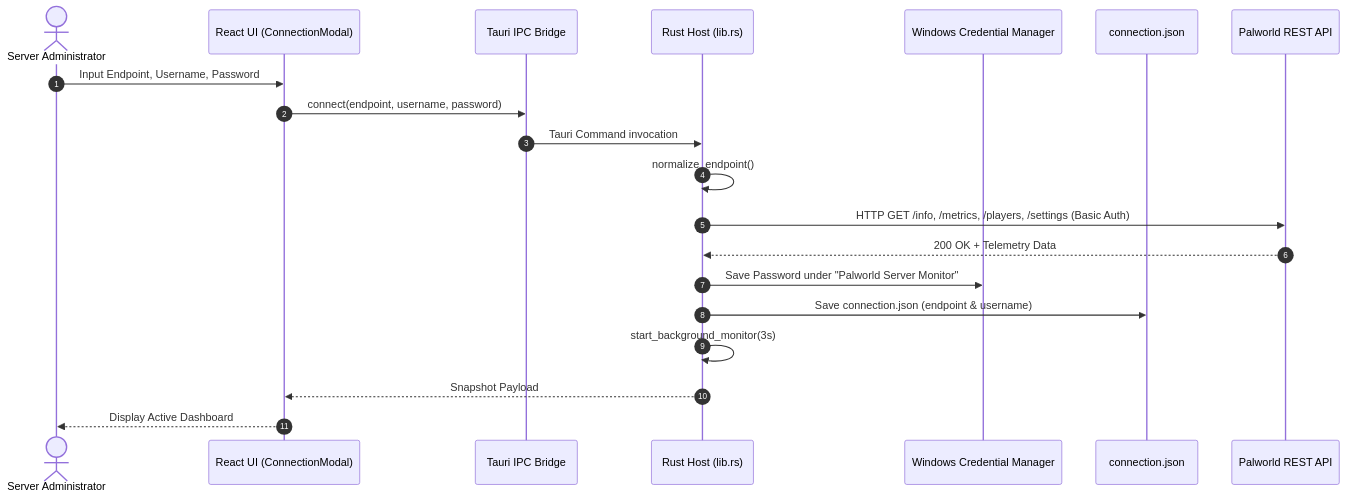
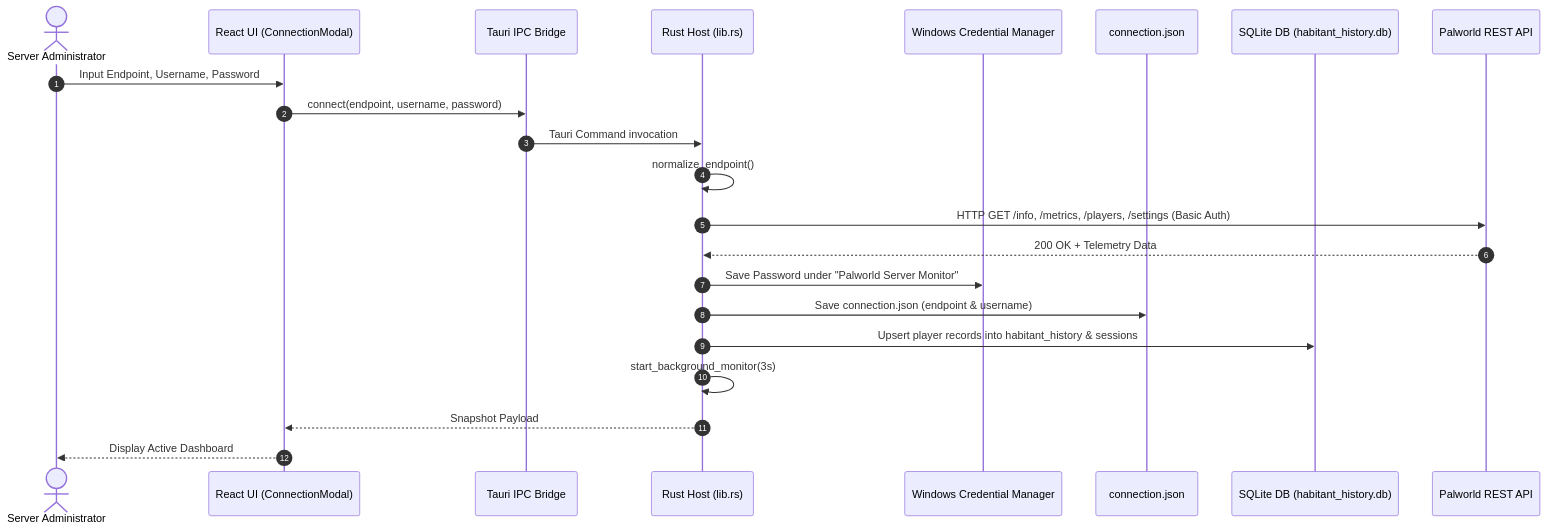
Before and after one commit to jurbanek756/PalworldServerManager: the second of 2 diagrams in docs/ARCHITECTURE.md, drawn with Mermaid. The commit also changed other lines of this file and 8 other files, not shown here.

````diff
--- a/docs/ARCHITECTURE.md
+++ b/docs/ARCHITECTURE.md
@@ -70,23 +80,25 @@
 ```mermaid
 sequenceDiagram
     autonumber
     actor Admin as Server Administrator
     participant UI as React UI (ConnectionModal)
     participant IPC as Tauri IPC Bridge
     participant Rust as Rust Host (lib.rs)
     participant Cred as Windows Credential Manager
     participant Disk as connection.json
+    participant DB as SQLite DB (habitant_history.db)
     participant API as Palworld REST API
 
     Admin->>UI: Input Endpoint, Username, Password
     UI->>IPC: connect(endpoint, username, password)
     IPC->>Rust: Tauri Command invocation
     Rust->>Rust: normalize_endpoint()
     Rust->>API: HTTP GET /info, /metrics, /players, /settings (Basic Auth)
     API-->>Rust: 200 OK + Telemetry Data
     Rust->>Cred: Save Password under "Palworld Server Monitor"
     Rust->>Disk: Save connection.json (endpoint & username)
+    Rust->>DB: Upsert player records into habitant_history & sessions
     Rust->>Rust: start_background_monitor(3s)
     Rust-->>UI: Snapshot Payload
     UI-->>Admin: Display Active Dashboard
 ```
````
